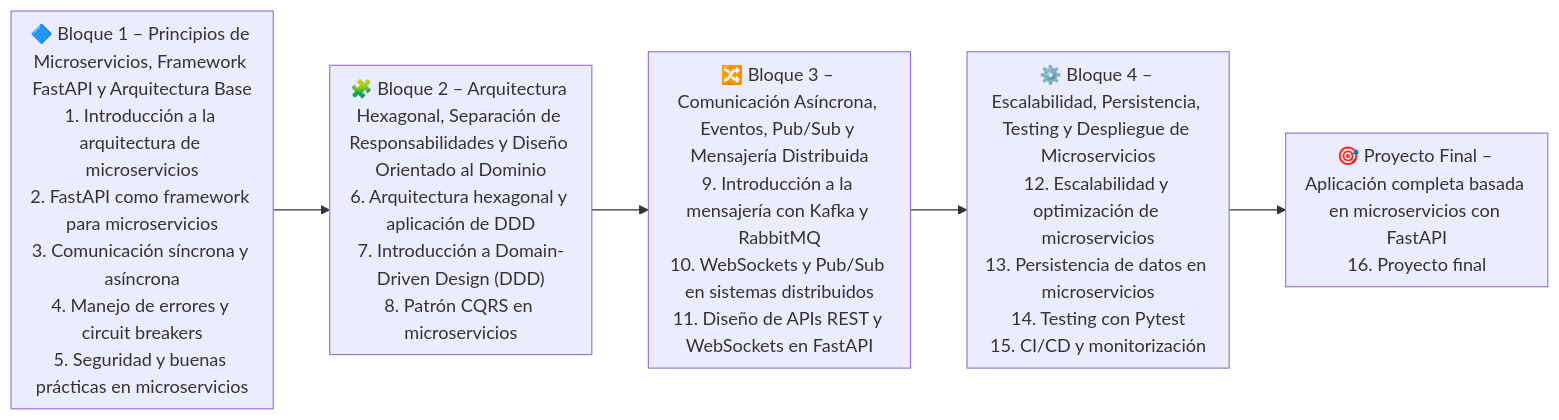
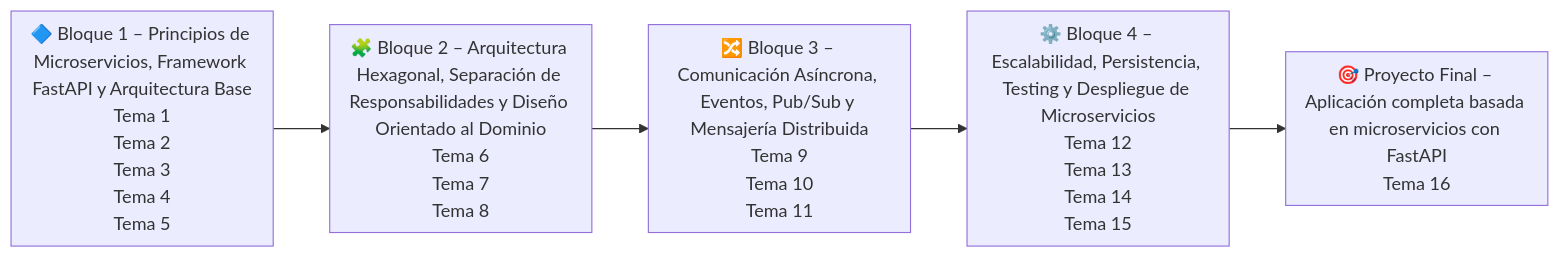
Before and after one commit to docenciait/CursoV1: the diagram in README.md, drawn with Mermaid.

````diff
--- a/README.md
+++ b/README.md
@@ -67,22 +67,20 @@
 ```mermaid
 flowchart LR
-    subgraph Bloque1 ["🔷 Bloque 1 – Principios de Microservicios, Framework FastAPI y Arquitectura Base<br/>1. Introducción a la arquitectura de microservicios<br/>2. FastAPI como framework para microservicios<br/>3. Comunicación síncrona y asíncrona<br/>4. Manejo de errores y circuit breakers<br/>5. Seguridad y buenas prácticas en microservicios"]
+    subgraph Bloque1 ["🔷 Bloque 1 – Principios de Microservicios, Framework FastAPI y Arquitectura Base<br/>Tema 1<br/>Tema 2<br/>Tema 3<br/>Tema 4<br/>Tema 5"]
     end
 
-    subgraph Bloque2 ["🧩 Bloque 2 – Arquitectura Hexagonal, Separación de Responsabilidades y Diseño Orientado al Dominio<br/>6. Arquitectura hexagonal y aplicación de DDD<br/>7. Introducción a Domain-Driven Design (DDD)<br/>8. Patrón CQRS en microservicios"]
+    subgraph Bloque2 ["🧩 Bloque 2 – Arquitectura Hexagonal, Separación de Responsabilidades y Diseño Orientado al Dominio<br/>Tema 6<br/>Tema 7<br/>Tema 8"]
     end
 
-    subgraph Bloque3 ["🔀 Bloque 3 – Comunicación Asíncrona, Eventos, Pub/Sub y Mensajería Distribuida<br/>9. Introducción a la mensajería con Kafka y RabbitMQ<br/>10. WebSockets y Pub/Sub en sistemas distribuidos<br/>11. Diseño de APIs REST y WebSockets en FastAPI"]
+    subgraph Bloque3 ["🔀 Bloque 3 – Comunicación Asíncrona, Eventos, Pub/Sub y Mensajería Distribuida<br/>Tema 9<br/>Tema 10<br/>Tema 11"]
     end
 
-    subgraph Bloque4 ["⚙️ Bloque 4 – Escalabilidad, Persistencia, Testing y Despliegue de Microservicios<br/>12. Escalabilidad y optimización de microservicios<br/>13. Persistencia de datos en microservicios<br/>14. Testing con Pytest<br/>15. CI/CD y monitorización"]
+    subgraph Bloque4 ["⚙️ Bloque 4 – Escalabilidad, Persistencia, Testing y Despliegue de Microservicios<br/>Tema 12<br/>Tema 13<br/>Tema 14<br/>Tema 15"]
     end
 
-    subgraph ProyectoFinal ["🎯 Proyecto Final – Aplicación completa basada en microservicios con FastAPI<br/>16. Proyecto final"]
+    subgraph ProyectoFinal ["🎯 Proyecto Final – Aplicación completa basada en microservicios con FastAPI<br/>Tema 16"]
     end
 
     Bloque1 --> Bloque2 --> Bloque3 --> Bloque4 --> ProyectoFinal
 
-
-
 ```
````
